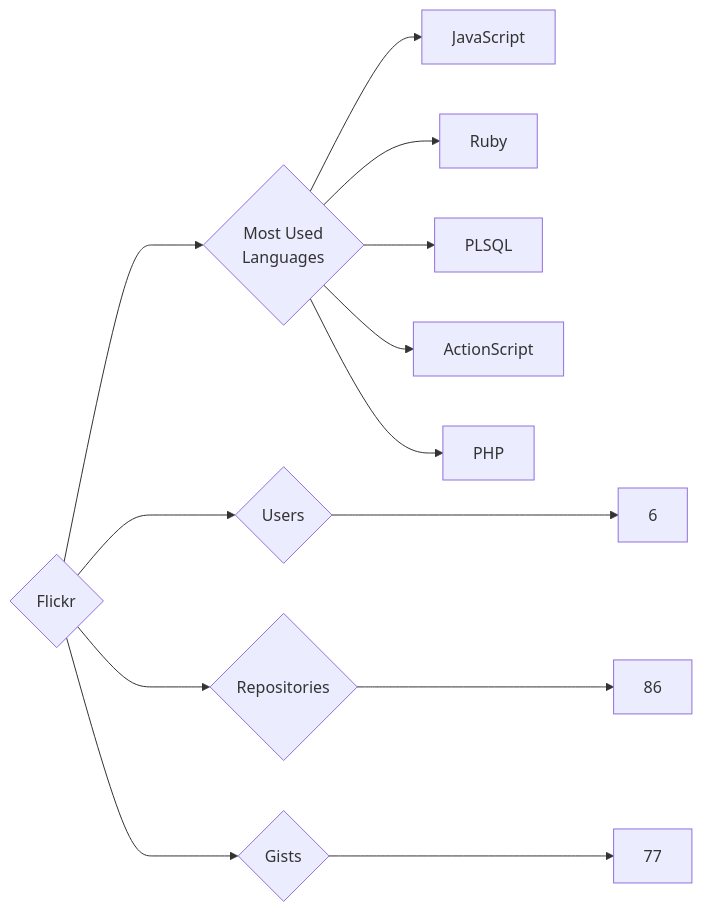
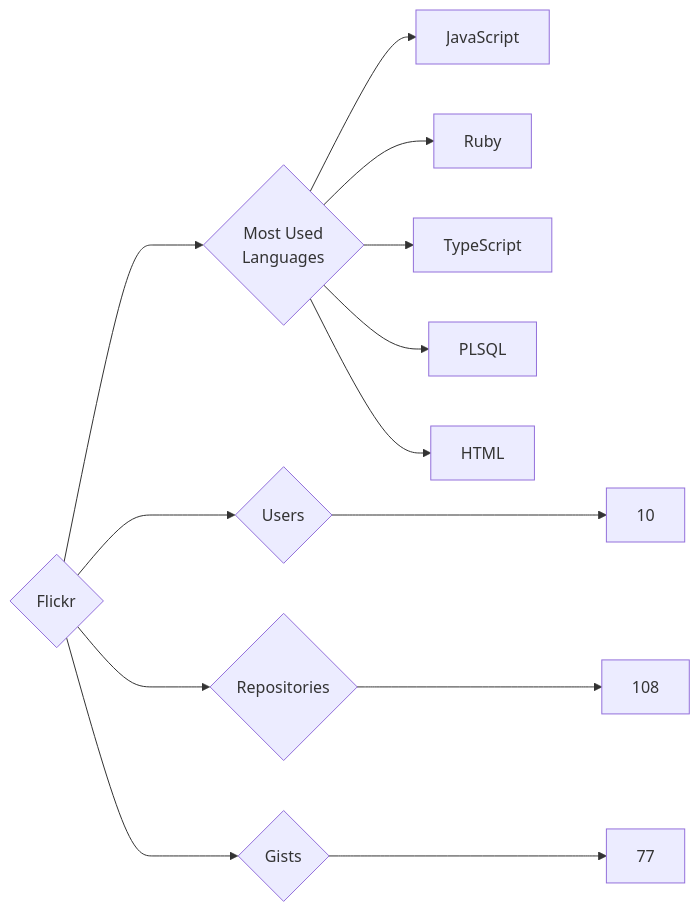
The diagram in targets/Flickr/README.md (trickest/insiders), drawn with Mermaid before and after one commit. The commit also changed 777 other files, not shown here.

````diff
--- a/targets/Flickr/README.md
+++ b/targets/Flickr/README.md
@@ -3,13 +3,13 @@
 ```mermaid
 graph LR
 COMPANY_NAME{Flickr}
-COMPANY_NAME ---> U{Users} ---> UN[6]
-COMPANY_NAME ---> R{Repositories} ---> RN[86]
+COMPANY_NAME ---> U{Users} ---> UN[10]
+COMPANY_NAME ---> R{Repositories} ---> RN[108]
 COMPANY_NAME ---> G{Gists} ---> GN[77]
 COMPANY_NAME ---> ML{Most Used<br>Languages}
 ML --> JavaScript[JavaScript]
 ML --> Ruby[Ruby]
+ML --> TypeScript[TypeScript]
 ML --> PLSQL[PLSQL]
-ML --> ActionScript[ActionScript]
-ML --> PHP[PHP]
+ML --> HTML[HTML]
 ```
````
